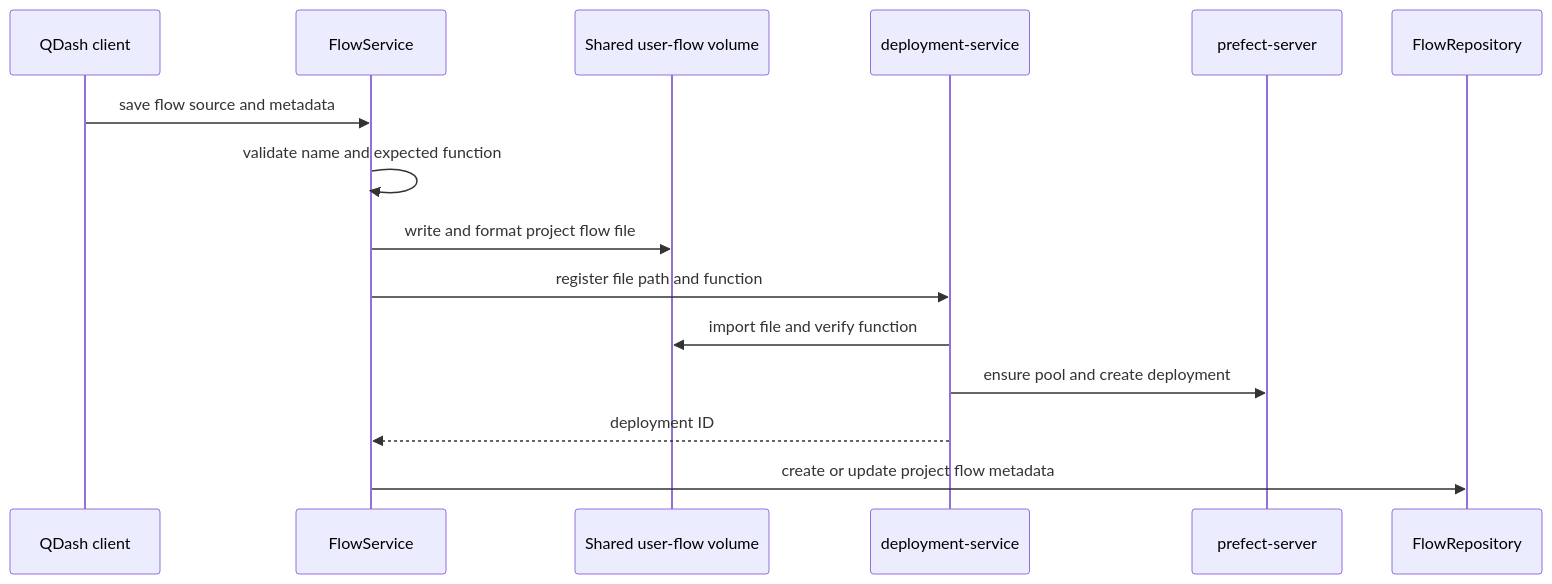
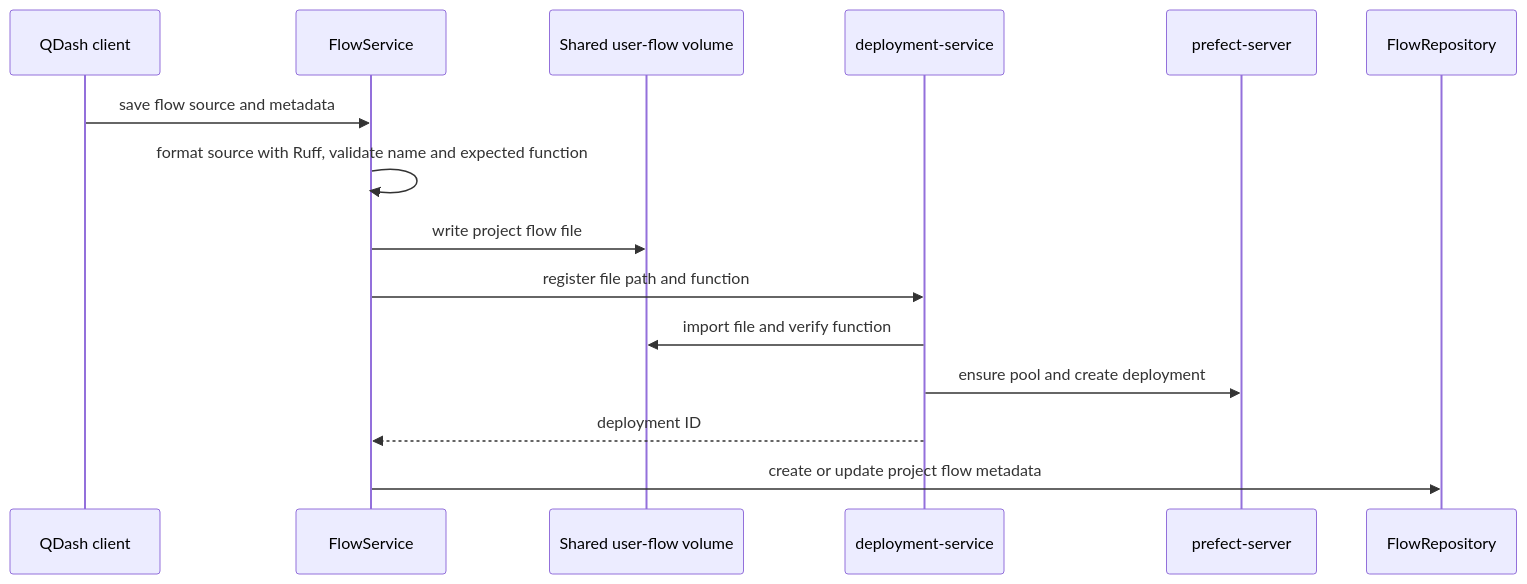
Before and after one commit to oqtopus-team/qdash: the first of 2 diagrams in docs/developer-guide/workflow/services.md, drawn with Mermaid. The commit also changed other lines of this file and 42 other files, not shown here.

````diff
--- a/docs/developer-guide/workflow/services.md
+++ b/docs/developer-guide/workflow/services.md
@@ -107,18 +107,18 @@
 ```mermaid
 sequenceDiagram
     participant Client as QDash client
     participant API as FlowService
     participant Files as Shared user-flow volume
     participant Deploy as deployment-service
     participant Prefect as prefect-server
     participant DB as FlowRepository
 
     Client->>API: save flow source and metadata
-    API->>API: validate name and expected function
-    API->>Files: write and format project flow file
+    API->>API: format source with Ruff, validate name and expected function
+    API->>Files: write project flow file
     API->>Deploy: register file path and function
     Deploy->>Files: import file and verify function
     Deploy->>Prefect: ensure pool and create deployment
     Deploy-->>API: deployment ID
     API->>DB: create or update project flow metadata
 ```
````
